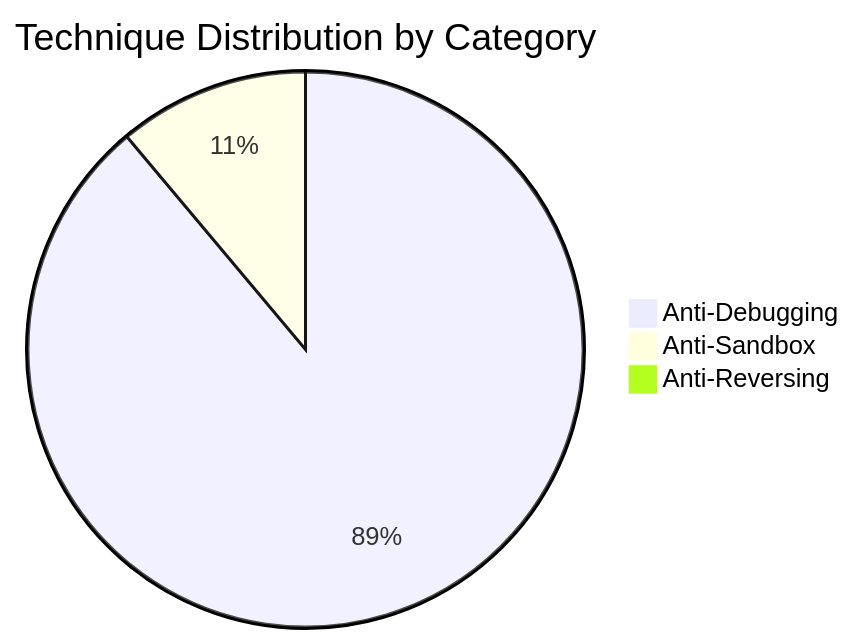
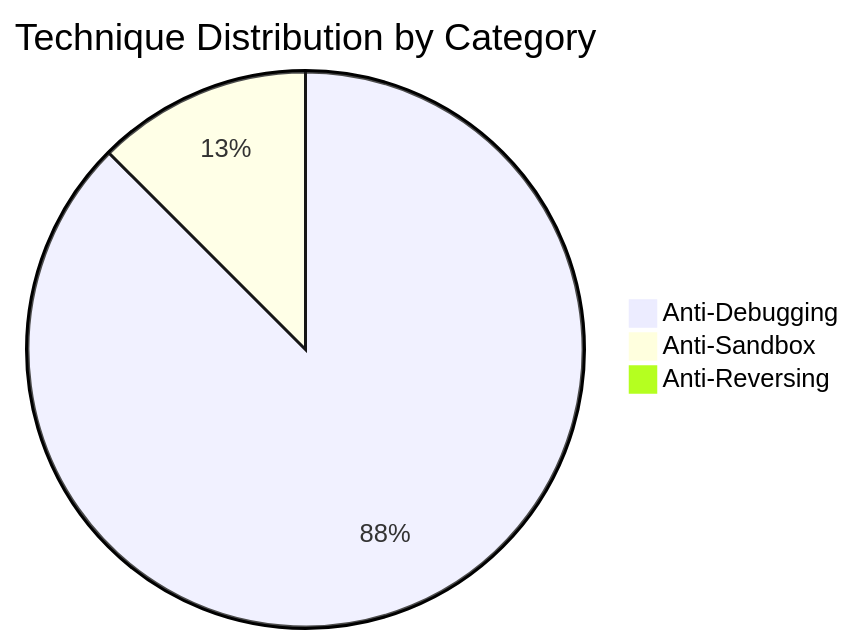
The second of 8 diagrams in docs/diagrams/taxonomy.md (mabj/anti), drawn with Mermaid before and after one commit. The commit also changed other lines of this file and 7 other files, not shown here.

Commit message:
Adding new anti-sandbox technique (AS009_NtDelayExecution)

````diff
--- a/docs/diagrams/taxonomy.md
+++ b/docs/diagrams/taxonomy.md
@@ -34,6 +34,6 @@
 ```mermaid
 pie title Technique Distribution by Category
     "Anti-Debugging" : 56
-    "Anti-Sandbox" : 7
+    "Anti-Sandbox" : 8
     "Anti-Reversing" : 0
 ```
````
